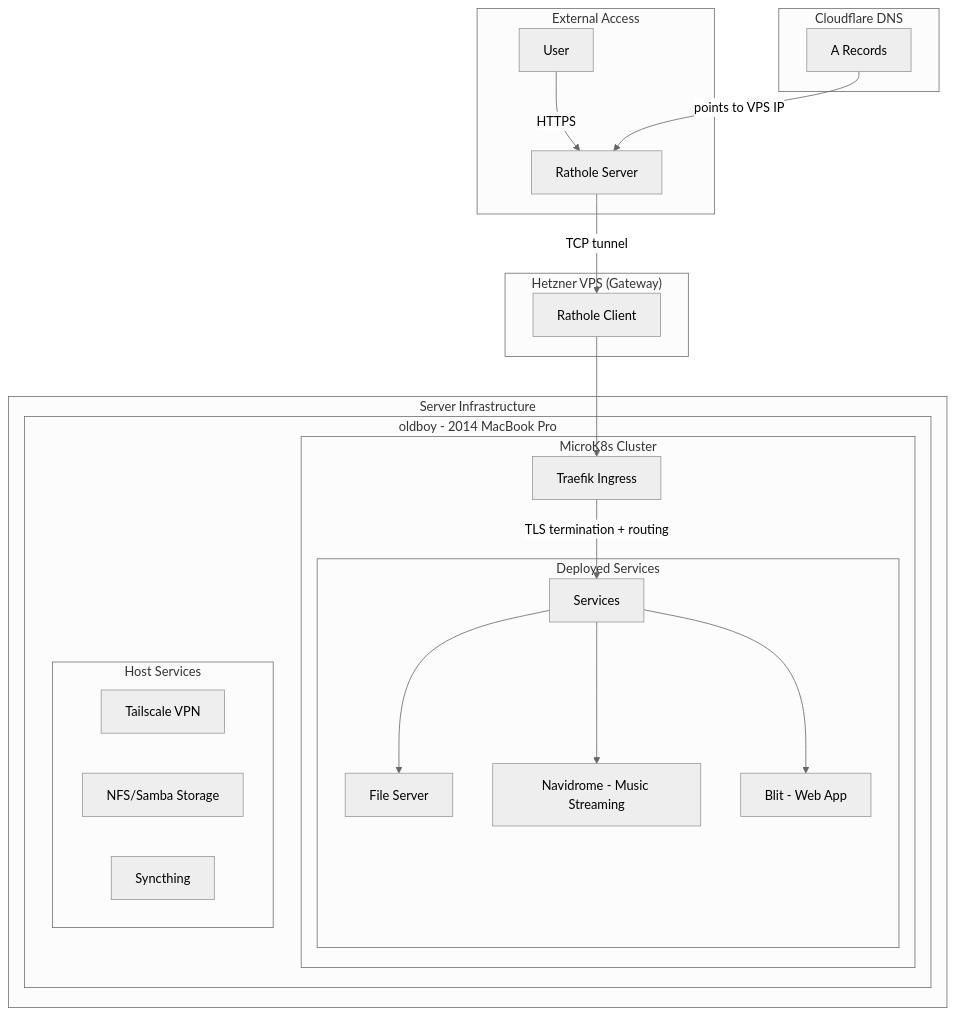
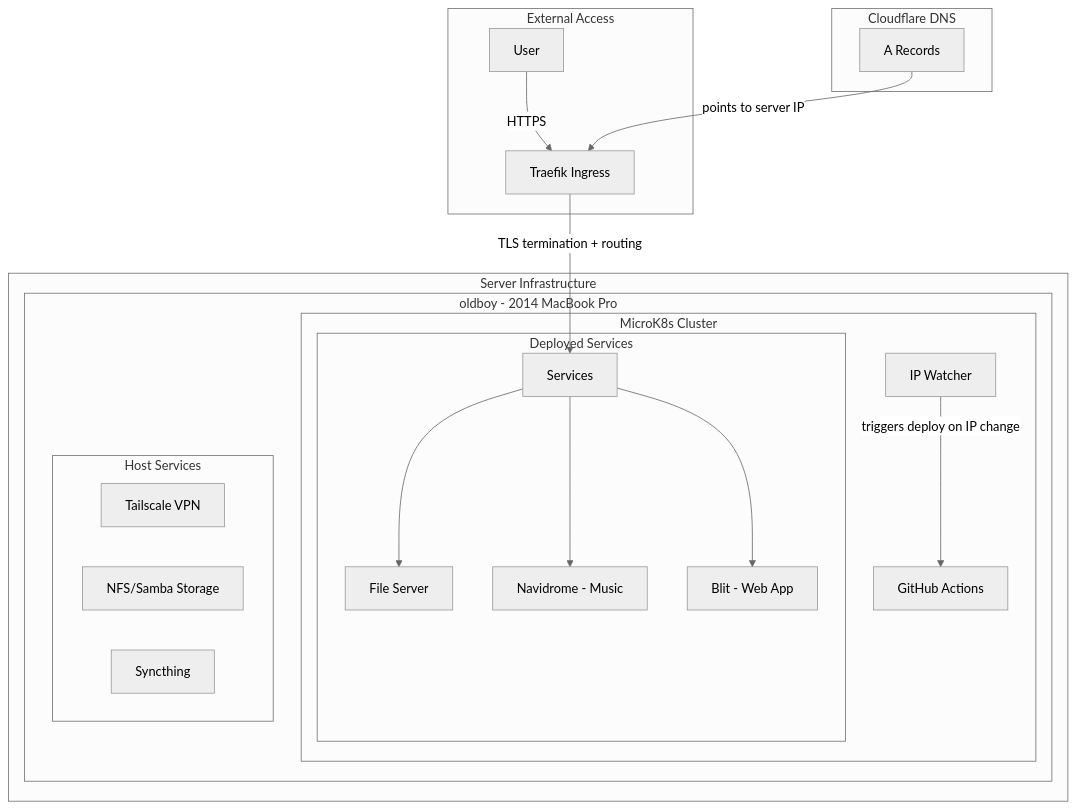
Before and after one commit to radiosilence/jaritanet: the diagram in README.md, drawn with Mermaid (neutral theme). The commit also changed other lines of this file, not shown here.

First line of the commit message:
docs: update README for new architecture

````diff
--- a/README.md
+++ b/README.md
@@ -11,35 +11,31 @@
 ```mermaid
 graph TB
     subgraph "External Access"
-        User[User] -->|HTTPS| VPS
-    end
-
-    subgraph "Hetzner VPS (Gateway)"
-        VPS[Rathole Server] -->|TCP tunnel| RatholeClient
+        User[User] -->|HTTPS| Traefik
     end
 
     subgraph "Server Infrastructure"
         subgraph "oldboy - 2014 MacBook Pro"
             subgraph "MicroK8s Cluster"
-                RatholeClient[Rathole Client] --> Traefik[Traefik Ingress]
-                Traefik -->|TLS termination + routing| Services
+                Traefik[Traefik Ingress] -->|TLS termination + routing| Services
+                IPWatcher[IP Watcher] -->|triggers deploy on IP change| GHA[GitHub Actions]
 
                 subgraph "Deployed Services"
                     Services --> FileServer[File Server]
-                    Services --> Navidrome[Navidrome - Music Streaming]
+                    Services --> Navidrome[Navidrome - Music]
                     Services --> Blit[Blit - Web App]
                 end
             end
 
             subgraph "Host Services"
                 Tailscale[Tailscale VPN]
                 Storage[NFS/Samba Storage]
                 Sync[Syncthing]
             end
         end
     end
 
     subgraph "Cloudflare DNS"
-        DNS[A Records] -->|points to VPS IP| VPS
+        DNS[A Records] -->|points to server IP| Traefik
     end
 ```
````
